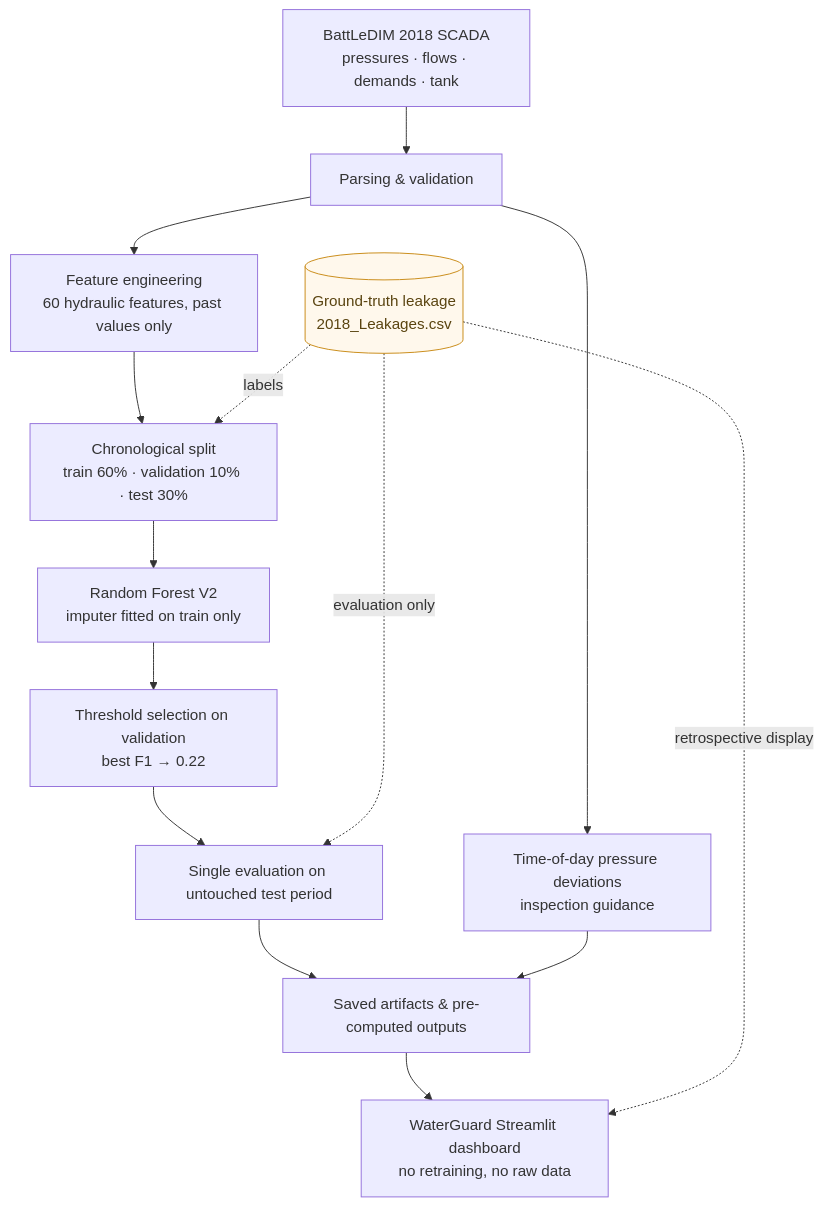
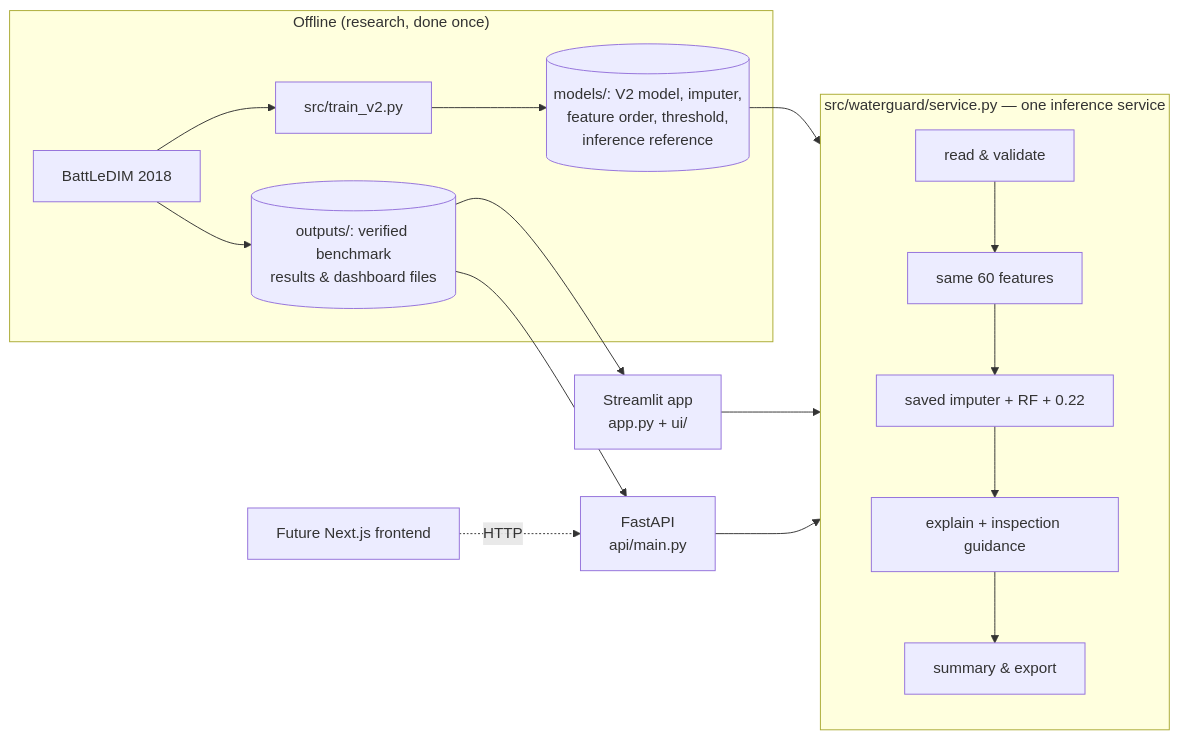
The diagram in README.md (emanmusheer2008-glitch/waterguard-ai-saudi), drawn with Mermaid before and after one commit. The commit also changed other lines of this file and 58 other files, not shown here.

````diff
--- a/README.md
+++ b/README.md
@@ -49,20 +109,16 @@
 ```mermaid
-flowchart TD
-    A[BattLeDIM 2018 SCADA<br/>pressures · flows · demands · tank] --> B[Parsing & validation]
-    B --> C[Feature engineering<br/>60 hydraulic features, past values only]
-    C --> D[Chronological split<br/>train 60% · validation 10% · test 30%]
-    D --> E[Random Forest V2<br/>imputer fitted on train only]
-    E --> F[Threshold selection on validation<br/>best F1 → 0.22]
-    F --> G[Single evaluation on untouched test period]
-    G --> H[Saved artifacts & pre-computed outputs]
-    B --> I[Time-of-day pressure deviations<br/>inspection guidance]
-    I --> H
-    H --> J[WaterGuard Streamlit dashboard<br/>no retraining, no raw data]
-
-    GT[(Ground-truth leakage<br/>2018_Leakages.csv)] -. labels .-> D
-    GT -. evaluation only .-> G
-    GT -. retrospective display .-> J
-
-    classDef truth fill:#FFF8EC,stroke:#C98A13,color:#5A4410;
-    class GT truth;
+flowchart LR
+    subgraph Offline["Offline (research, done once)"]
+        R[BattLeDIM 2018] --> T[src/train_v2.py] --> M[(models/: V2 model, imputer,<br/>feature order, threshold,<br/>inference reference)]
+        R --> O[(outputs/: verified benchmark<br/>results & dashboard files)]
+    end
+    subgraph Service["src/waterguard/service.py — one inference service"]
+        V[read & validate] --> F[same 60 features] --> I[saved imputer + RF + 0.22] --> E[explain + inspection guidance] --> S[summary & export]
+    end
+    M --> Service
+    U1[Streamlit app<br/>app.py + ui/] --> Service
+    U2[FastAPI<br/>api/main.py] --> Service
+    FE[Future Next.js frontend] -. HTTP .-> U2
+    O --> U1
+    O --> U2
 ```
````
